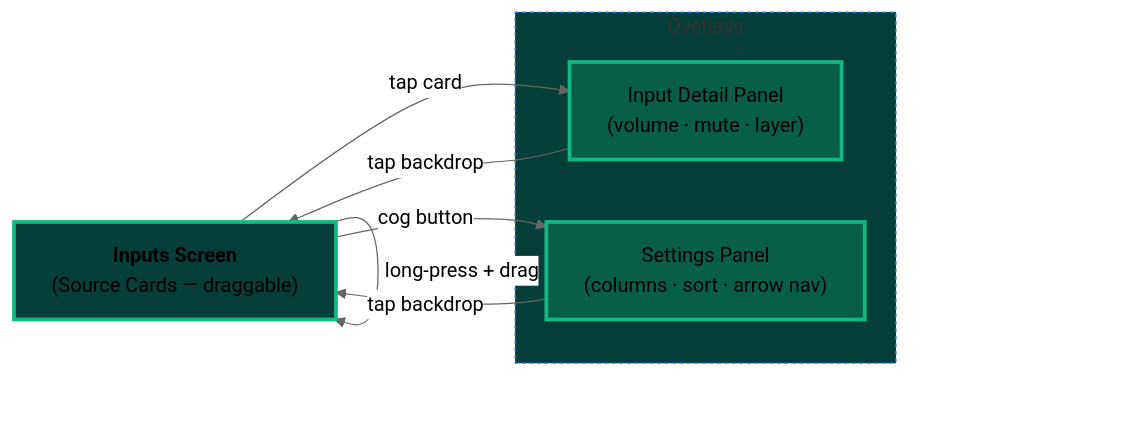
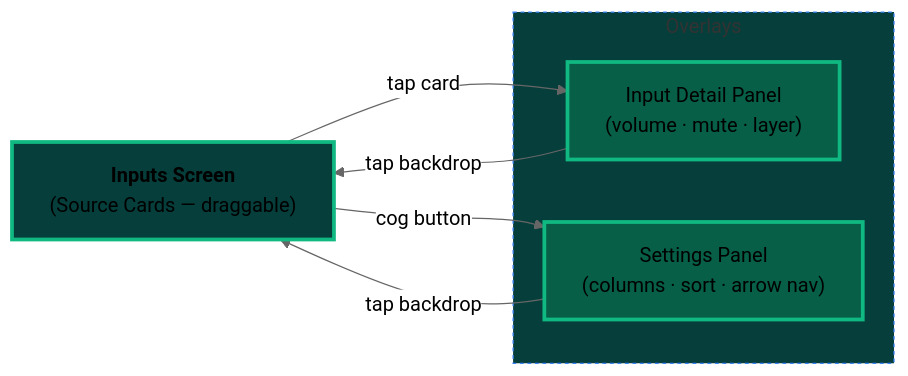
Before and after one commit to smelter-labs/smelter-editor: the third of 4 diagrams in mobile_app/README.md, drawn with Mermaid (neutral theme). The commit also changed other lines of this file, not shown here.

Commit message:
fix(docs): Fixes wrong README.md mermaid graph

````diff
--- a/mobile_app/README.md
+++ b/mobile_app/README.md
@@ -164,22 +94,21 @@
 ```mermaid
 %%{init: {'flowchart': {'curve': 'basis'}} }%%
 flowchart LR
     Main["<b>Inputs Screen</b><br/>(Source Cards — draggable)"]
 
     subgraph Overlays ["Overlays"]
         Panel["Input Detail Panel<br/>(volume · mute · layer)"]
         Settings["Settings Panel<br/>(columns · sort · arrow nav)"]
     end
 
     Main -->|"tap card"| Panel
     Panel -->|"tap backdrop"| Main
 
-    Main -->|"long-press + drag"| Main
     Main -->|"cog button"| Settings
     Settings -->|"tap backdrop"| Main
 
     style Main fill:#063E3B,stroke:#10B981,stroke-width:3px
     style Panel fill:#065F46,stroke:#10B981,stroke-width:3px
     style Settings fill:#065F46,stroke:#10B981,stroke-width:3px
     style Overlays fill:#063E3B,stroke:#3b82f6,stroke-dasharray: 3 3
 ```
````
